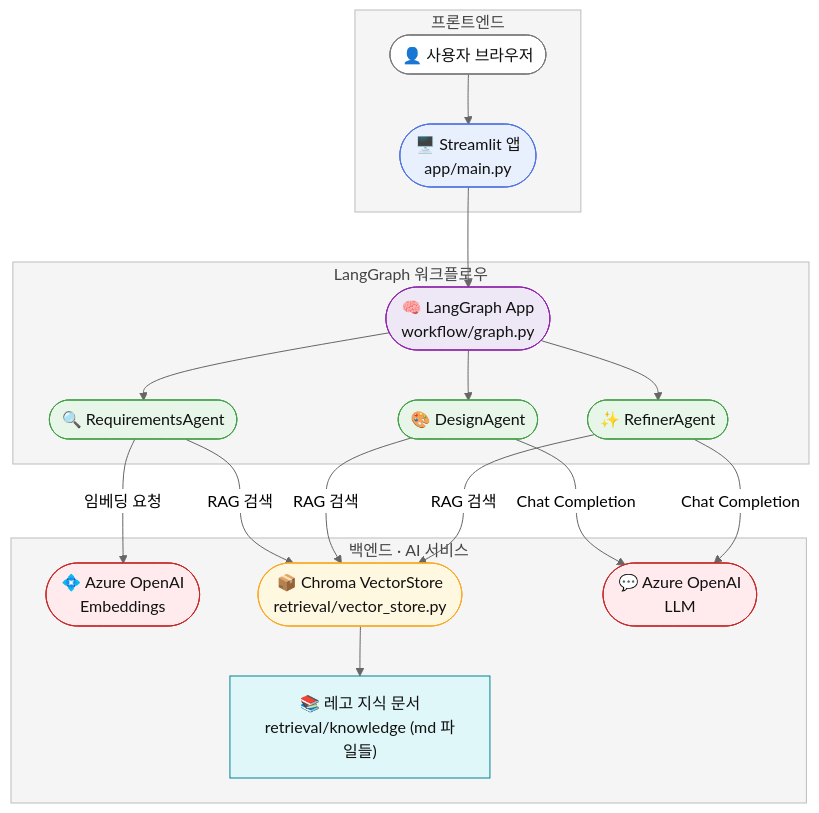
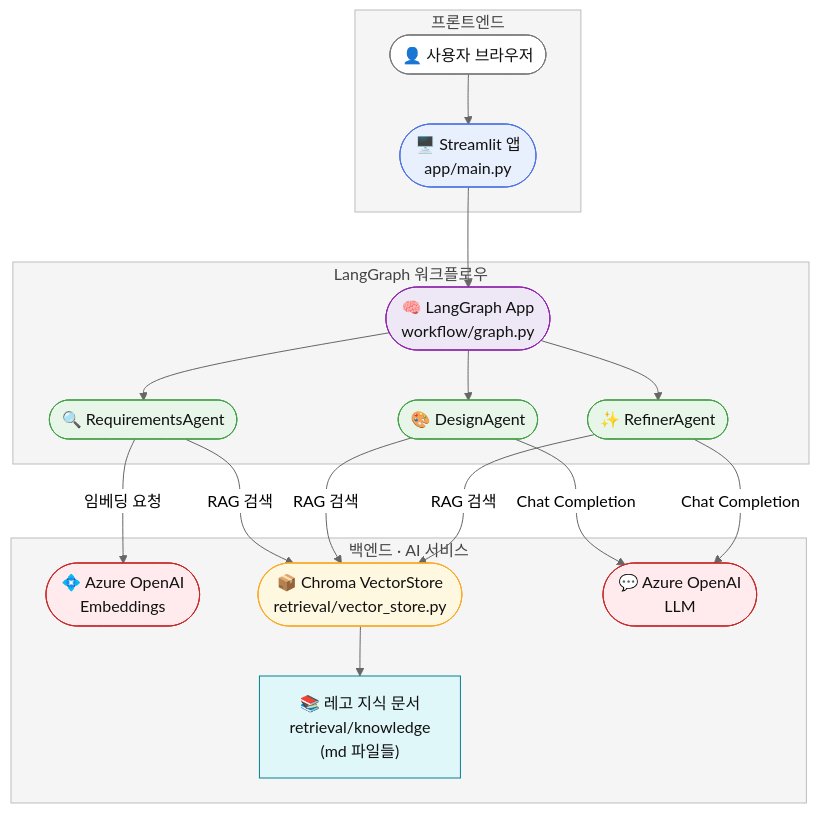
Before and after one commit to pcmola/lego-ai-service: the second of 2 diagrams in README.md, drawn with Mermaid.

Commit message:
readme 수정

````diff
--- a/README.md
+++ b/README.md
@@ -64,73 +64,73 @@
 ```mermaid
 %%{init: {"theme":"neutral"}}%%
 flowchart TB
 
     %% ───────── 노드 정의 ─────────
     U([👤 사용자 브라우저]):::client
 
     A([🖥️ Streamlit 앱<br/>app/main.py]):::ui
     B([🧠 LangGraph App<br/>workflow/graph.py]):::orchestrator
 
     R([🔍 RequirementsAgent]):::agent
     D([🎨 DesignAgent]):::agent
     F([✨ RefinerAgent]):::agent
 
     E([💠 Azure OpenAI<br/>Embeddings]):::service
     V([📦 Chroma VectorStore<br/>retrieval/vector_store.py]):::store
     L([💬 Azure OpenAI<br/>LLM]):::service
 
-    K["📚 레고 지식 문서<br/>retrieval/knowledge (md 파일들)"]:::knowledge
+    K["📚 레고 지식 문서<br/>retrieval/knowledge<br/> (md 파일들)"]:::knowledge
 
     %% ───────── 플로우 ─────────
     U --> A --> B
     B --> R
     B --> D
     B --> F
 
     R -- "임베딩 요청" --> E
     R -- "RAG 검색" --> V
 
     D -- "Chat Completion" --> L
     D -- "RAG 검색" --> V
 
     F -- "Chat Completion" --> L
     F -- "RAG 검색" --> V
 
     V --> K
 
     %% ───────── 그룹 ─────────
     subgraph FRONTEND[프론트엔드]
         U
         A
     end
 
     subgraph WORKFLOW[LangGraph 워크플로우]
         B
         R
         D
         F
     end
 
     subgraph BACKEND[백엔드 · AI 서비스]
         E
         L
         V
         K
     end
 
     %% ───────── 스타일 ─────────
     classDef client fill:#ffffff,stroke:#777,color:#111;
     classDef ui fill:#e8f0fe,stroke:#4e73df,color:#111;
     classDef orchestrator fill:#ede7f6,stroke:#8e24aa,color:#111;
 
     classDef agent fill:#e8f5e9,stroke:#43a047,color:#111;
     classDef service fill:#ffebee,stroke:#c62828,color:#111;
     classDef store fill:#fff8e1,stroke:#f9a825,color:#111;
     classDef knowledge fill:#e0f7fa,stroke:#00838f,color:#111;
 
     style FRONTEND fill:#f5f5f5,stroke:#bdbdbd,color:#444;
     style WORKFLOW fill:#f5f5f5,stroke:#bdbdbd,color:#444;
     style BACKEND fill:#f5f5f5,stroke:#bdbdbd,color:#444;
 
 
 ```
````
